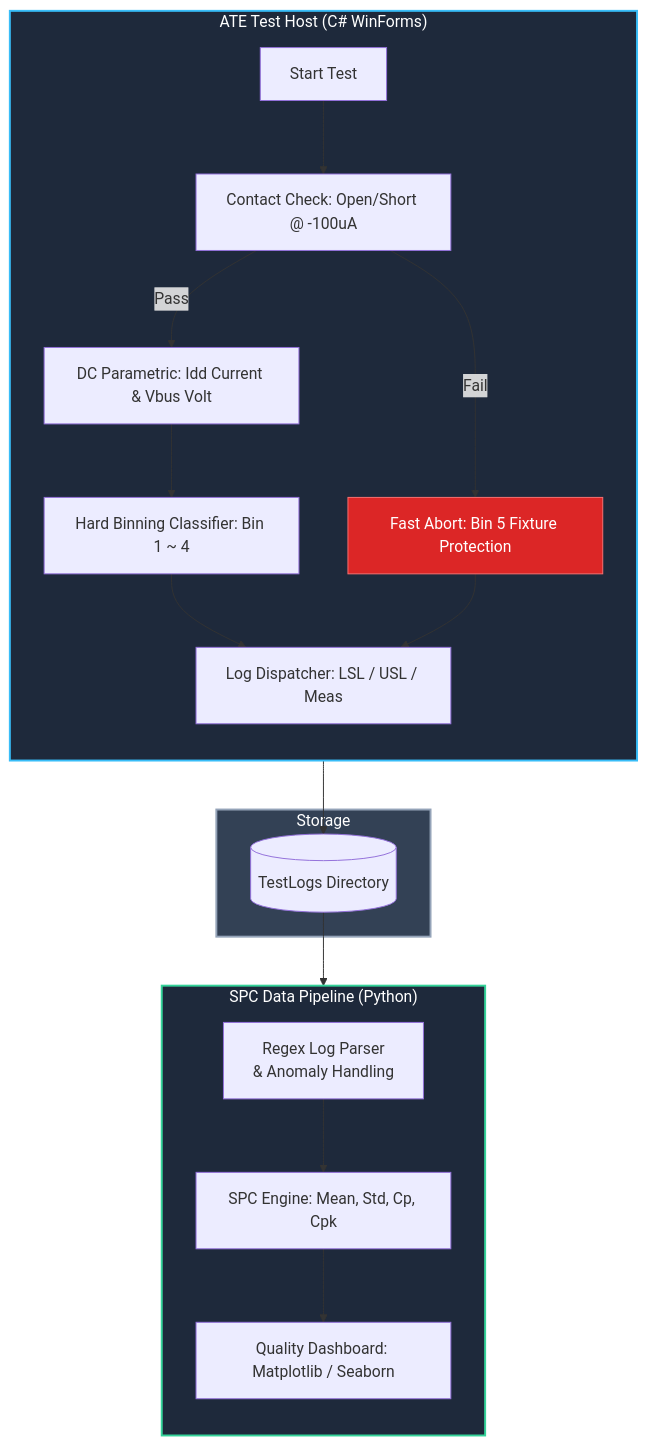
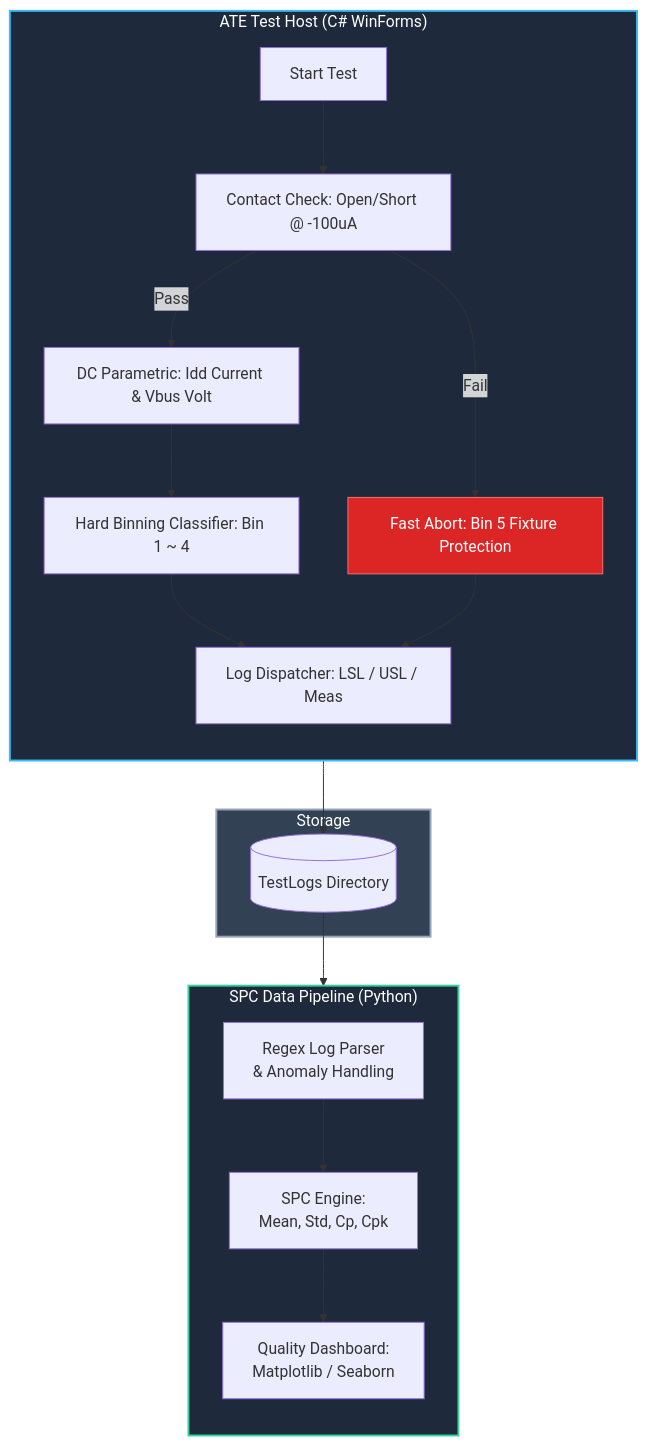
One commit to waynewang168/Semiconductor-ATE-Control-and-SPC_up changed the diagram in README.md. Above: the diagram before and after it, drawn with Mermaid. The commit also changed other lines of this file, not shown here.

````diff
--- a/README.md
+++ b/README.md
@@ -13,29 +13,29 @@
 ```mermaid
 flowchart TD
     subgraph Host["ATE Test Host (C# WinForms)"]
         direction TB
-        A[Start Test] --> B[Contact Check: Open/Short @ -100uA]
-        B -- Fail --> B5[Fast Abort: Bin 5 Fixture Protection]
-        B -- Pass --> C[DC Parametric: Idd Current & Vbus Volt]
-        C --> D[Hard Binning Classifier: Bin 1 ~ 4]
-        D --> E[Log Dispatcher: LSL / USL / Meas]
+        A[Start Test] --> B["Contact Check: Open/Short @ -100uA"]
+        B -- Fail --> B5["Fast Abort: Bin 5 Fixture Protection"]
+        B -- Pass --> C["DC Parametric: Idd Current & Vbus Volt"]
+        C --> D["Hard Binning Classifier: Bin 1 ~ 4"]
+        D --> E["Log Dispatcher: LSL / USL / Meas"]
         B5 --> E
     end
 
     subgraph Storage["Storage"]
         E --> F[(TestLogs Directory)]
     end
 
     subgraph Analytics["SPC Data Pipeline (Python)"]
         direction TB
         F --> G["Regex Log Parser<br/>& Anomaly Handling"]
-        G --> H[SPC Engine: Mean, Std, Cp, Cpk]
-        H --> I[Quality Dashboard: Matplotlib / Seaborn]
+        G --> H["SPC Engine:<br/>Mean, Std, Cp, Cpk"]
+        H --> I["Quality Dashboard:<br/>Matplotlib / Seaborn"]
     end
 
     style Host fill:#1e293b,stroke:#38bdf8,stroke-width:2px,color:#fff
     style Analytics fill:#1e293b,stroke:#34d399,stroke-width:2px,color:#fff
     style Storage fill:#334155,stroke:#94a3b8,stroke-width:2px,color:#fff
     style B5 fill:#dc2626,stroke:#f87171,color:#fff
-    style G min-width:260px
+    style G min-width:220px
 ```
````
